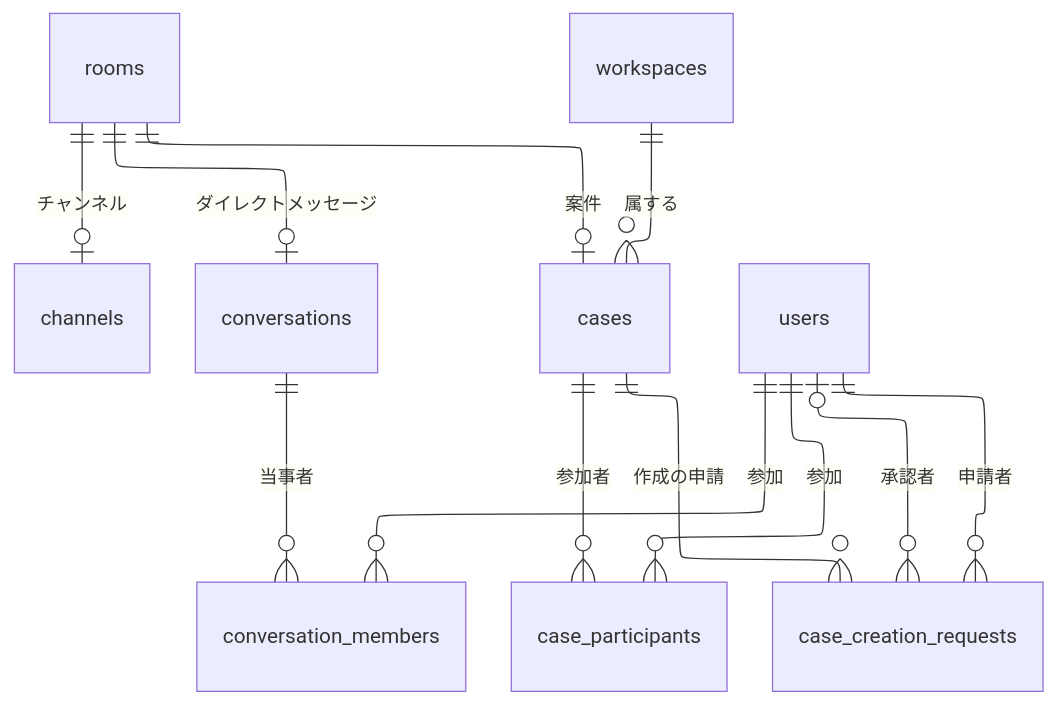
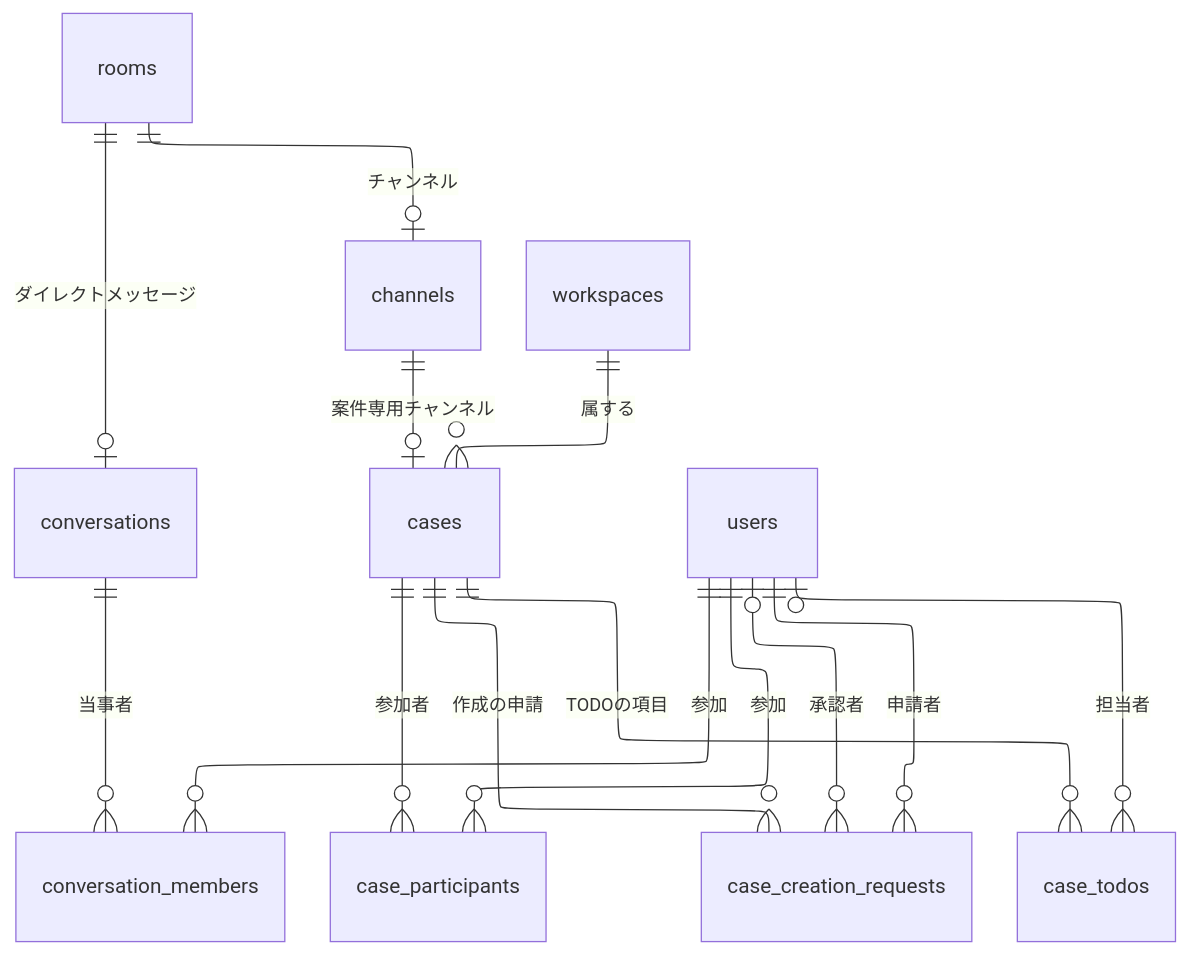
The third of 8 diagrams in docs/requirements/data-model.md (yamamotonaoki3/internal-system), drawn with Mermaid before and after one commit. The commit also changed other lines of this file and 9 other files, not shown here.

````diff
--- a/docs/requirements/data-model.md
+++ b/docs/requirements/data-model.md
@@ -77,18 +81,20 @@
 ```mermaid
 ---
 config:
   layout: elk
 ---
 erDiagram
     rooms ||--o| channels : "チャンネル"
     rooms ||--o| conversations : "ダイレクトメッセージ"
-    rooms ||--o| cases : "案件"
+    channels ||--o| cases : "案件専用チャンネル"
     conversations ||--o{ conversation_members : "当事者"
     users ||--o{ conversation_members : "参加"
     cases ||--o{ case_participants : "参加者"
     users ||--o{ case_participants : "参加"
     workspaces ||--o{ cases : "属する"
     cases ||--o{ case_creation_requests : "作成の申請"
     users ||--o{ case_creation_requests : "申請者"
     users |o--o{ case_creation_requests : "承認者"
+    cases ||--o{ case_todos : "TODOの項目"
+    users |o--o{ case_todos : "担当者"
 ```
````
